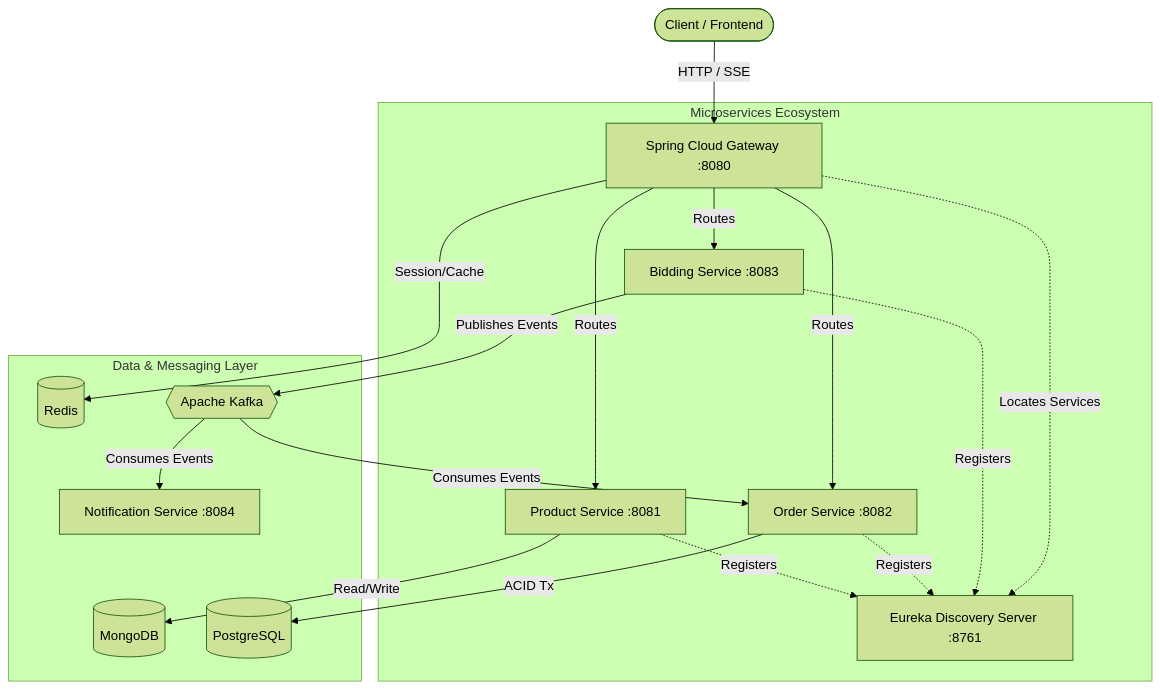
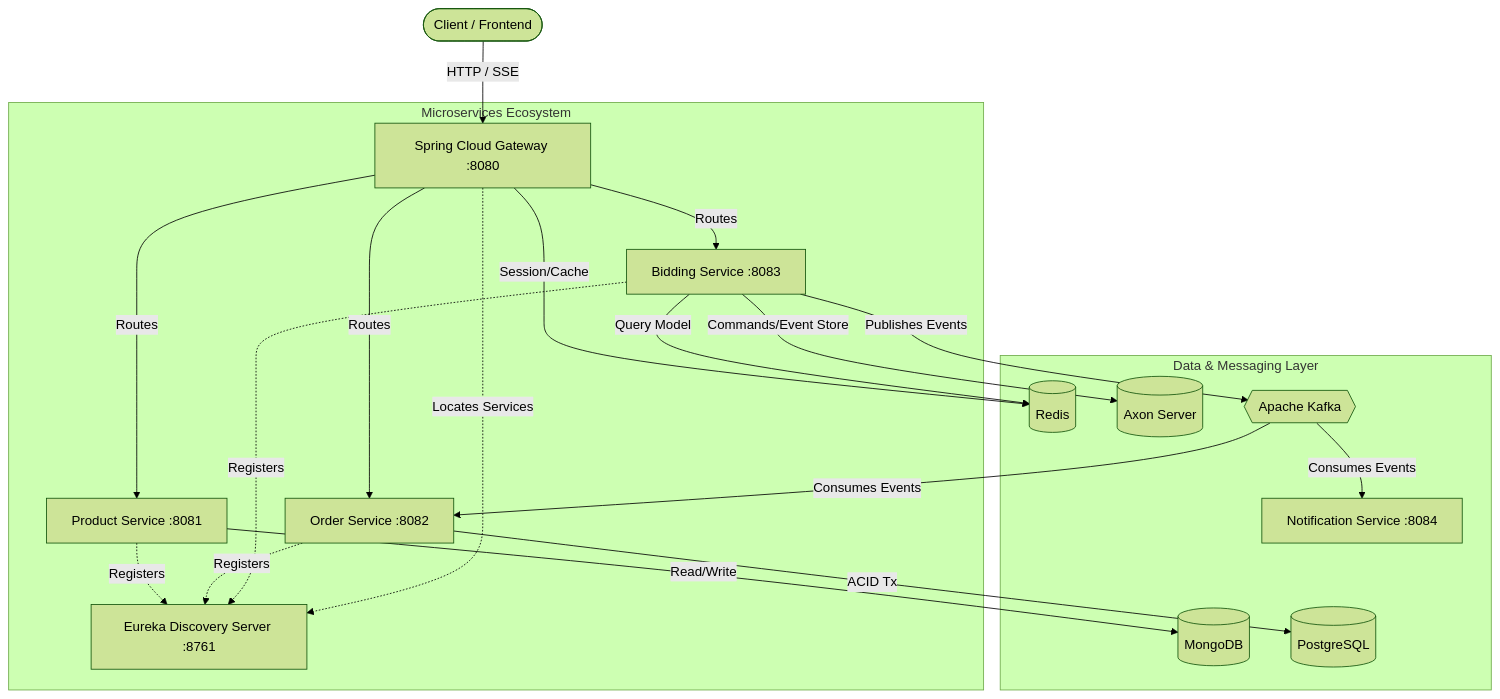
Before and after one commit to Bhomaramsuthar/e-commerce-live-auction: the diagram in README.md, drawn with Mermaid (forest theme).

Commit message:
fix: Updated README arch diagram

````diff
--- a/README.md
+++ b/README.md
@@ -10,25 +10,27 @@
 ```mermaid
 graph TD
     Client([Client / Frontend]) -->|HTTP / SSE| Gateway[Spring Cloud Gateway :8080]
     
     subgraph Microservices Ecosystem
         Gateway -->|Routes| ProductService[Product Service :8081]
         Gateway -->|Routes| OrderService[Order Service :8082]
         Gateway -->|Routes| BiddingService[Bidding Service :8083]
         
         ProductService -.->|Registers| Eureka[Eureka Discovery Server :8761]
         OrderService -.->|Registers| Eureka
         BiddingService -.->|Registers| Eureka
         Gateway -.->|Locates Services| Eureka
     end
 
     subgraph Data & Messaging Layer
         ProductService -->|Read/Write| MongoDB[(MongoDB)]
         OrderService -->|ACID Tx| PostgreSQL[(PostgreSQL)]
         Gateway -->|Session/Cache| Redis[(Redis)]
         
+        BiddingService -->|Commands/Event Store| AxonServer[(Axon Server)]
+        BiddingService -->|Query Model| Redis
         BiddingService -->|Publishes Events| Kafka{{Apache Kafka}}
         Kafka -->|Consumes Events| OrderService
         Kafka -->|Consumes Events| NotificationService[Notification Service :8084]
     end
 ```
````
